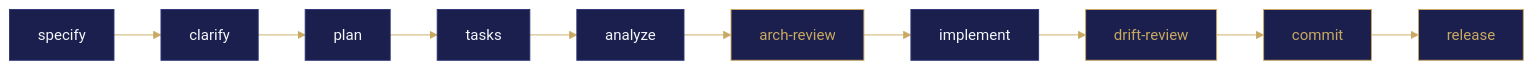
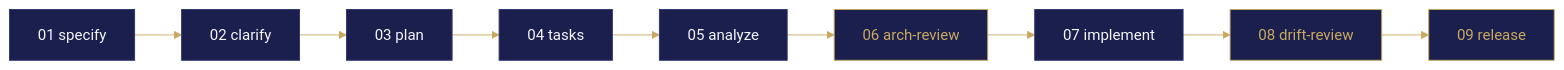
One commit to heurexai/speckit-doti changed the diagram in README.md. Above: the diagram before and after it, drawn with Mermaid. The commit also changed other lines of this file and 209 other files, not shown here.

````diff
--- a/README.md
+++ b/README.md
@@ -175,7 +170,7 @@
 ```mermaid
 %%{init: {'theme':'base','themeVariables':{'fontFamily':'Space Mono, ui-monospace, monospace','lineColor':'#C9A961','primaryTextColor':'#F4F6F9'}}}%%
 flowchart LR
-  S[specify]:::shared --> C[clarify]:::shared --> P[plan]:::shared --> T[tasks]:::shared --> A[analyze]:::shared --> AR[arch-review]:::doti --> I[implement]:::shared --> DR[drift-review]:::doti --> CM[commit]:::doti --> R[release]:::doti
+  S[01 specify]:::shared --> C[02 clarify]:::shared --> P[03 plan]:::shared --> T[04 tasks]:::shared --> A[05 analyze]:::shared --> AR[06 arch-review]:::doti --> I[07 implement]:::shared --> DR[08 drift-review]:::doti --> R[09 release]:::doti
   classDef shared fill:#1A1F4D,stroke:#2D3575,color:#F4F6F9;
   classDef doti fill:#1A1F4D,stroke:#C9A961,color:#C9A961;
 ```
````
